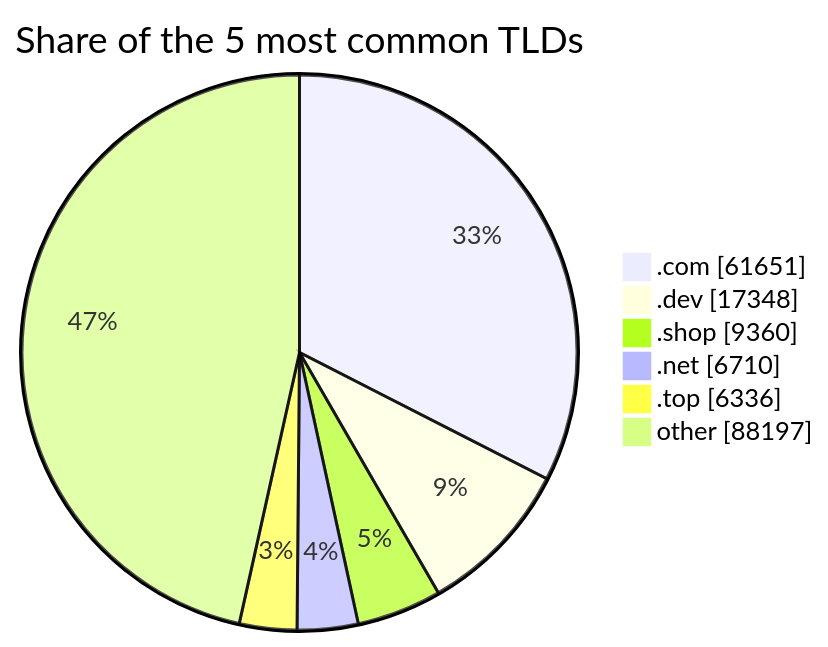
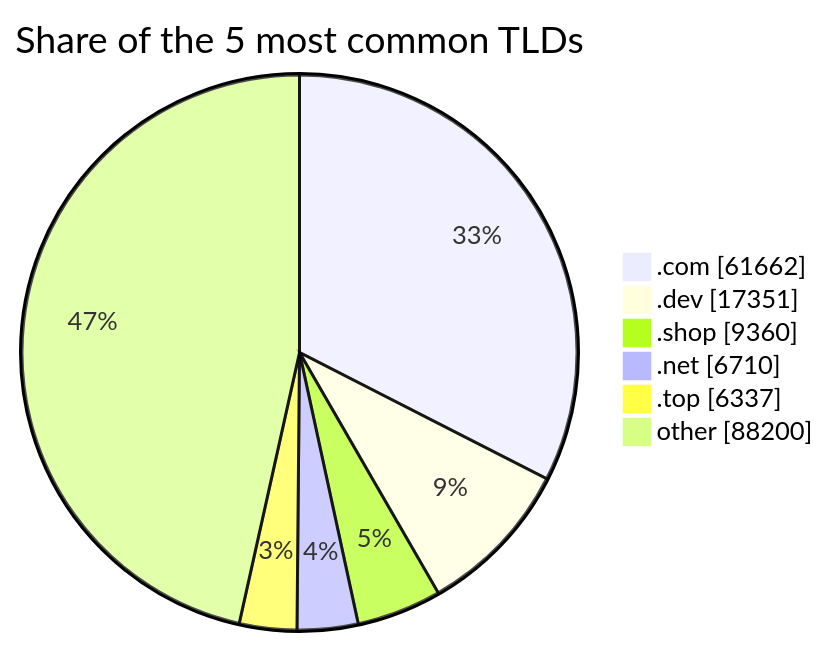
One commit to DNSBunker/CTI changed the third of 3 diagrams in README.md. Above: the diagram before and after it, drawn with Mermaid. The commit also changed other lines of this file and 3 other files, not shown here.

````diff
--- a/README.md
+++ b/README.md
@@ -81,9 +81,9 @@
 ```mermaid
 pie showData title Share of the 5 most common TLDs
-    ".com" : 61651
-    ".dev" : 17348
+    ".com" : 61662
+    ".dev" : 17351
     ".shop" : 9360
     ".net" : 6710
-    ".top" : 6336
-    "other" : 88197
+    ".top" : 6337
+    "other" : 88200
 ```
````
